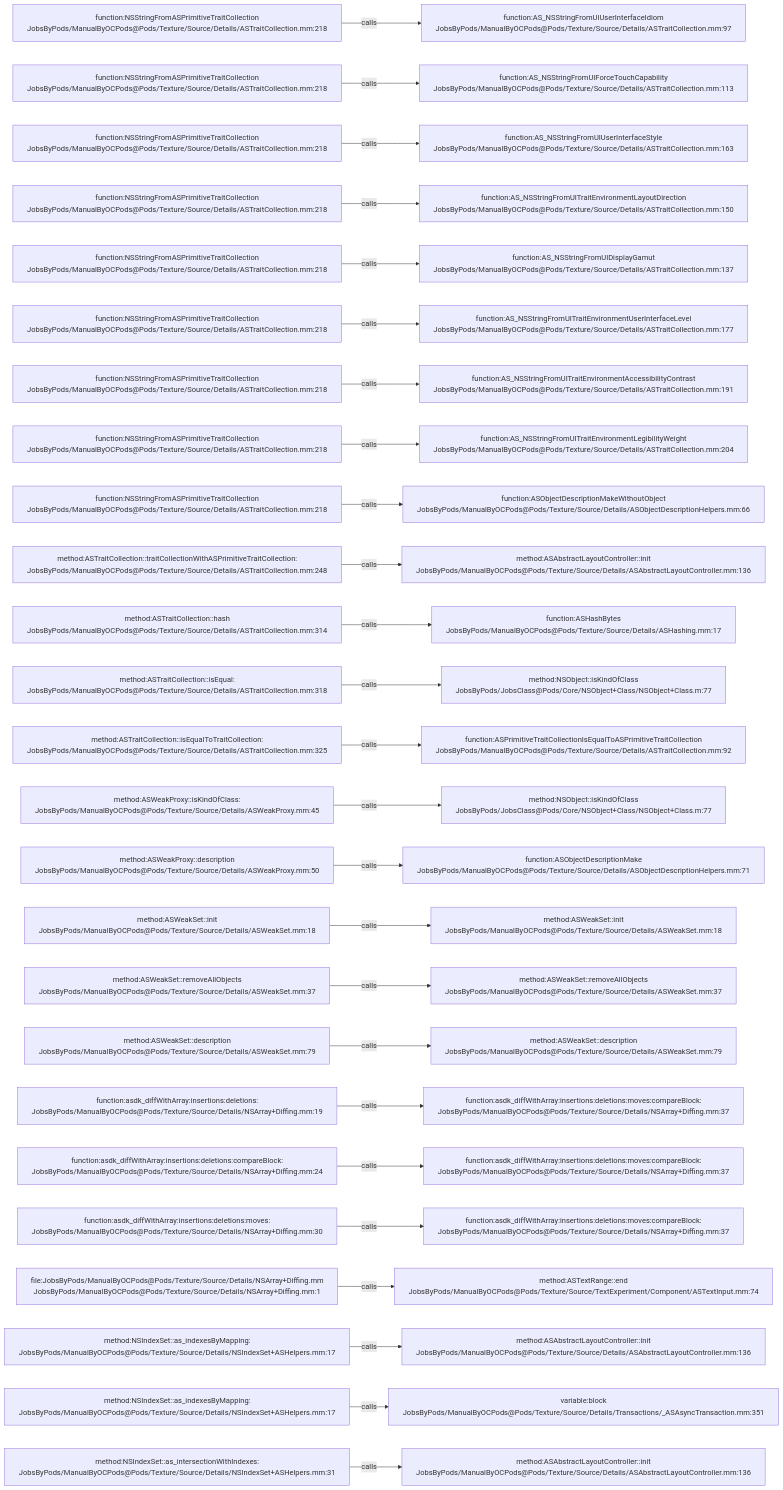
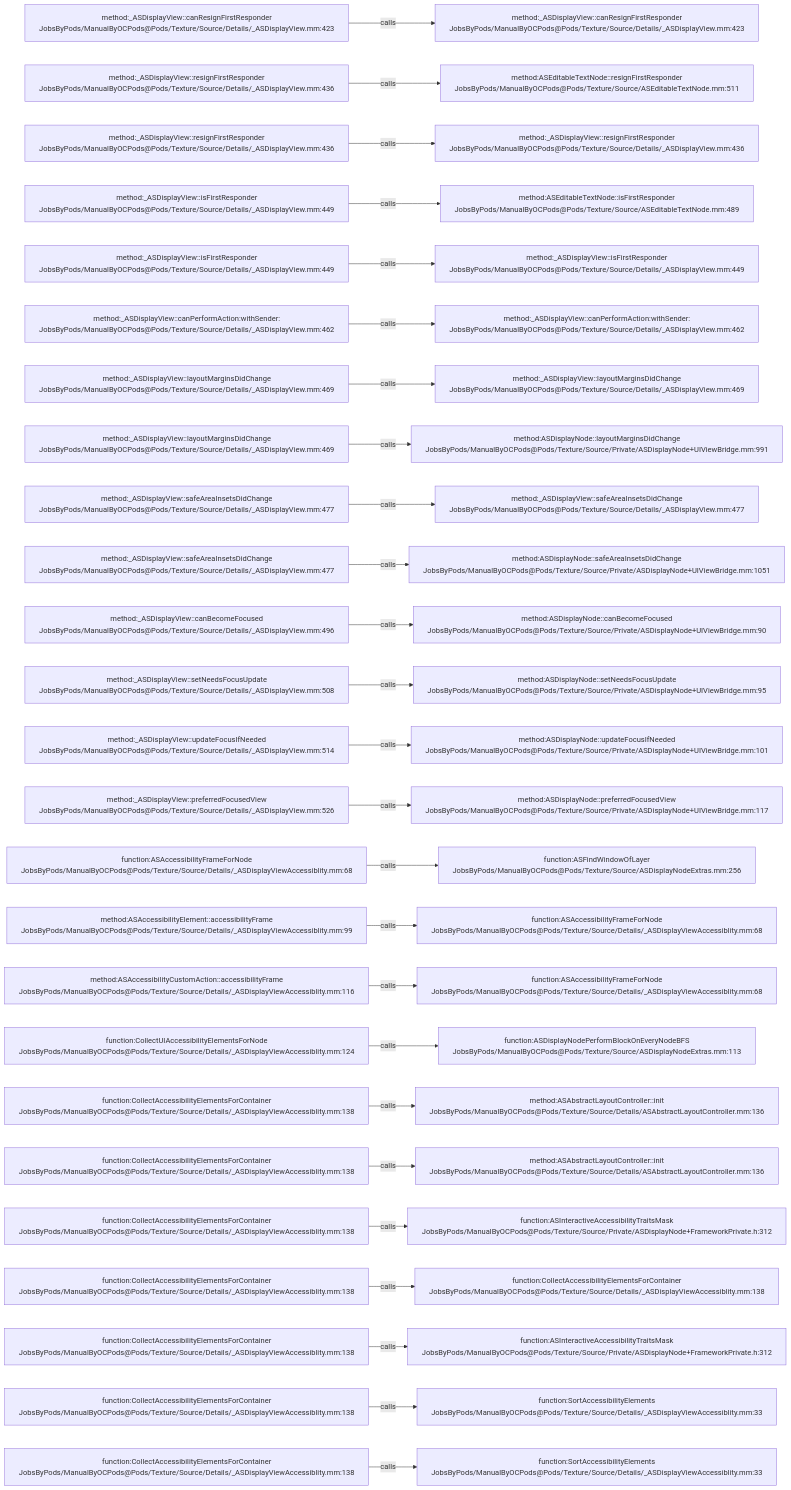
The diagram in .codegraph/codegraph.md/graphs/calls-175.md (JobsKits/JobsOCBaseConfigDemo), drawn with Mermaid before and after one commit. The commit also changed 1223 other files, not shown here.

````diff
--- a/.codegraph/codegraph.md/graphs/calls-175.md
+++ b/.codegraph/codegraph.md/graphs/calls-175.md
@@ -13,78 +13,78 @@
 ```mermaid
 flowchart LR
-  S1["function:NSStringFromASPrimitiveTraitCollection<br/>JobsByPods/ManualByOCPods@Pods/Texture/Source/Details/ASTraitCollection.mm:218"]
-  T1["function:AS_NSStringFromUIUserInterfaceIdiom<br/>JobsByPods/ManualByOCPods@Pods/Texture/Source/Details/ASTraitCollection.mm:97"]
+  S1["method:_ASDisplayView::canResignFirstResponder<br/>JobsByPods/ManualByOCPods@Pods/Texture/Source/Details/_ASDisplayView.mm:423"]
+  T1["method:_ASDisplayView::canResignFirstResponder<br/>JobsByPods/ManualByOCPods@Pods/Texture/Source/Details/_ASDisplayView.mm:423"]
   S1 -->|calls| T1
-  S2["function:NSStringFromASPrimitiveTraitCollection<br/>JobsByPods/ManualByOCPods@Pods/Texture/Source/Details/ASTraitCollection.mm:218"]
-  T2["function:AS_NSStringFromUIForceTouchCapability<br/>JobsByPods/ManualByOCPods@Pods/Texture/Source/Details/ASTraitCollection.mm:113"]
+  S2["method:_ASDisplayView::resignFirstResponder<br/>JobsByPods/ManualByOCPods@Pods/Texture/Source/Details/_ASDisplayView.mm:436"]
+  T2["method:ASEditableTextNode::resignFirstResponder<br/>JobsByPods/ManualByOCPods@Pods/Texture/Source/ASEditableTextNode.mm:511"]
   S2 -->|calls| T2
-  S3["function:NSStringFromASPrimitiveTraitCollection<br/>JobsByPods/ManualByOCPods@Pods/Texture/Source/Details/ASTraitCollection.mm:218"]
-  T3["function:AS_NSStringFromUIUserInterfaceStyle<br/>JobsByPods/ManualByOCPods@Pods/Texture/Source/Details/ASTraitCollection.mm:163"]
+  S3["method:_ASDisplayView::resignFirstResponder<br/>JobsByPods/ManualByOCPods@Pods/Texture/Source/Details/_ASDisplayView.mm:436"]
+  T3["method:_ASDisplayView::resignFirstResponder<br/>JobsByPods/ManualByOCPods@Pods/Texture/Source/Details/_ASDisplayView.mm:436"]
   S3 -->|calls| T3
-  S4["function:NSStringFromASPrimitiveTraitCollection<br/>JobsByPods/ManualByOCPods@Pods/Texture/Source/Details/ASTraitCollection.mm:218"]
-  T4["function:AS_NSStringFromUITraitEnvironmentLayoutDirection<br/>JobsByPods/ManualByOCPods@Pods/Texture/Source/Details/ASTraitCollection.mm:150"]
+  S4["method:_ASDisplayView::isFirstResponder<br/>JobsByPods/ManualByOCPods@Pods/Texture/Source/Details/_ASDisplayView.mm:449"]
+  T4["method:ASEditableTextNode::isFirstResponder<br/>JobsByPods/ManualByOCPods@Pods/Texture/Source/ASEditableTextNode.mm:489"]
   S4 -->|calls| T4
-  S5["function:NSStringFromASPrimitiveTraitCollection<br/>JobsByPods/ManualByOCPods@Pods/Texture/Source/Details/ASTraitCollection.mm:218"]
-  T5["function:AS_NSStringFromUIDisplayGamut<br/>JobsByPods/ManualByOCPods@Pods/Texture/Source/Details/ASTraitCollection.mm:137"]
+  S5["method:_ASDisplayView::isFirstResponder<br/>JobsByPods/ManualByOCPods@Pods/Texture/Source/Details/_ASDisplayView.mm:449"]
+  T5["method:_ASDisplayView::isFirstResponder<br/>JobsByPods/ManualByOCPods@Pods/Texture/Source/Details/_ASDisplayView.mm:449"]
   S5 -->|calls| T5
-  S6["function:NSStringFromASPrimitiveTraitCollection<br/>JobsByPods/ManualByOCPods@Pods/Texture/Source/Details/ASTraitCollection.mm:218"]
-  T6["function:AS_NSStringFromUITraitEnvironmentUserInterfaceLevel<br/>JobsByPods/ManualByOCPods@Pods/Texture/Source/Details/ASTraitCollection.mm:177"]
+  S6["method:_ASDisplayView::canPerformAction:withSender:<br/>JobsByPods/ManualByOCPods@Pods/Texture/Source/Details/_ASDisplayView.mm:462"]
+  T6["method:_ASDisplayView::canPerformAction:withSender:<br/>JobsByPods/ManualByOCPods@Pods/Texture/Source/Details/_ASDisplayView.mm:462"]
   S6 -->|calls| T6
-  S7["function:NSStringFromASPrimitiveTraitCollection<br/>JobsByPods/ManualByOCPods@Pods/Texture/Source/Details/ASTraitCollection.mm:218"]
-  T7["function:AS_NSStringFromUITraitEnvironmentAccessibilityContrast<br/>JobsByPods/ManualByOCPods@Pods/Texture/Source/Details/ASTraitCollection.mm:191"]
+  S7["method:_ASDisplayView::layoutMarginsDidChange<br/>JobsByPods/ManualByOCPods@Pods/Texture/Source/Details/_ASDisplayView.mm:469"]
+  T7["method:_ASDisplayView::layoutMarginsDidChange<br/>JobsByPods/ManualByOCPods@Pods/Texture/Source/Details/_ASDisplayView.mm:469"]
   S7 -->|calls| T7
-  S8["function:NSStringFromASPrimitiveTraitCollection<br/>JobsByPods/ManualByOCPods@Pods/Texture/Source/Details/ASTraitCollection.mm:218"]
-  T8["function:AS_NSStringFromUITraitEnvironmentLegibilityWeight<br/>JobsByPods/ManualByOCPods@Pods/Texture/Source/Details/ASTraitCollection.mm:204"]
+  S8["method:_ASDisplayView::layoutMarginsDidChange<br/>JobsByPods/ManualByOCPods@Pods/Texture/Source/Details/_ASDisplayView.mm:469"]
+  T8["method:ASDisplayNode::layoutMarginsDidChange<br/>JobsByPods/ManualByOCPods@Pods/Texture/Source/Private/ASDisplayNode+UIViewBridge.mm:991"]
   S8 -->|calls| T8
-  S9["function:NSStringFromASPrimitiveTraitCollection<br/>JobsByPods/ManualByOCPods@Pods/Texture/Source/Details/ASTraitCollection.mm:218"]
-  T9["function:ASObjectDescriptionMakeWithoutObject<br/>JobsByPods/ManualByOCPods@Pods/Texture/Source/Details/ASObjectDescriptionHelpers.mm:66"]
+  S9["method:_ASDisplayView::safeAreaInsetsDidChange<br/>JobsByPods/ManualByOCPods@Pods/Texture/Source/Details/_ASDisplayView.mm:477"]
+  T9["method:_ASDisplayView::safeAreaInsetsDidChange<br/>JobsByPods/ManualByOCPods@Pods/Texture/Source/Details/_ASDisplayView.mm:477"]
   S9 -->|calls| T9
-  S10["method:ASTraitCollection::traitCollectionWithASPrimitiveTraitCollection:<br/>JobsByPods/ManualByOCPods@Pods/Texture/Source/Details/ASTraitCollection.mm:248"]
-  T10["method:ASAbstractLayoutController::init<br/>JobsByPods/ManualByOCPods@Pods/Texture/Source/Details/ASAbstractLayoutController.mm:136"]
+  S10["method:_ASDisplayView::safeAreaInsetsDidChange<br/>JobsByPods/ManualByOCPods@Pods/Texture/Source/Details/_ASDisplayView.mm:477"]
+  T10["method:ASDisplayNode::safeAreaInsetsDidChange<br/>JobsByPods/ManualByOCPods@Pods/Texture/Source/Private/ASDisplayNode+UIViewBridge.mm:1051"]
   S10 -->|calls| T10
-  S11["method:ASTraitCollection::hash<br/>JobsByPods/ManualByOCPods@Pods/Texture/Source/Details/ASTraitCollection.mm:314"]
-  T11["function:ASHashBytes<br/>JobsByPods/ManualByOCPods@Pods/Texture/Source/Details/ASHashing.mm:17"]
+  S11["method:_ASDisplayView::canBecomeFocused<br/>JobsByPods/ManualByOCPods@Pods/Texture/Source/Details/_ASDisplayView.mm:496"]
+  T11["method:ASDisplayNode::canBecomeFocused<br/>JobsByPods/ManualByOCPods@Pods/Texture/Source/Private/ASDisplayNode+UIViewBridge.mm:90"]
   S11 -->|calls| T11
-  S12["method:ASTraitCollection::isEqual:<br/>JobsByPods/ManualByOCPods@Pods/Texture/Source/Details/ASTraitCollection.mm:318"]
-  T12["method:NSObject::isKindOfClass<br/>JobsByPods/JobsClass@Pods/Core/NSObject+Class/NSObject+Class.m:77"]
+  S12["method:_ASDisplayView::setNeedsFocusUpdate<br/>JobsByPods/ManualByOCPods@Pods/Texture/Source/Details/_ASDisplayView.mm:508"]
+  T12["method:ASDisplayNode::setNeedsFocusUpdate<br/>JobsByPods/ManualByOCPods@Pods/Texture/Source/Private/ASDisplayNode+UIViewBridge.mm:95"]
   S12 -->|calls| T12
-  S13["method:ASTraitCollection::isEqualToTraitCollection:<br/>JobsByPods/ManualByOCPods@Pods/Texture/Source/Details/ASTraitCollection.mm:325"]
-  T13["function:ASPrimitiveTraitCollectionIsEqualToASPrimitiveTraitCollection<br/>JobsByPods/ManualByOCPods@Pods/Texture/Source/Details/ASTraitCollection.mm:92"]
+  S13["method:_ASDisplayView::updateFocusIfNeeded<br/>JobsByPods/ManualByOCPods@Pods/Texture/Source/Details/_ASDisplayView.mm:514"]
+  T13["method:ASDisplayNode::updateFocusIfNeeded<br/>JobsByPods/ManualByOCPods@Pods/Texture/Source/Private/ASDisplayNode+UIViewBridge.mm:101"]
   S13 -->|calls| T13
-  S14["method:ASWeakProxy::isKindOfClass:<br/>JobsByPods/ManualByOCPods@Pods/Texture/Source/Details/ASWeakProxy.mm:45"]
-  T14["method:NSObject::isKindOfClass<br/>JobsByPods/JobsClass@Pods/Core/NSObject+Class/NSObject+Class.m:77"]
+  S14["method:_ASDisplayView::preferredFocusedView<br/>JobsByPods/ManualByOCPods@Pods/Texture/Source/Details/_ASDisplayView.mm:526"]
+  T14["method:ASDisplayNode::preferredFocusedView<br/>JobsByPods/ManualByOCPods@Pods/Texture/Source/Private/ASDisplayNode+UIViewBridge.mm:117"]
   S14 -->|calls| T14
-  S15["method:ASWeakProxy::description<br/>JobsByPods/ManualByOCPods@Pods/Texture/Source/Details/ASWeakProxy.mm:50"]
-  T15["function:ASObjectDescriptionMake<br/>JobsByPods/ManualByOCPods@Pods/Texture/Source/Details/ASObjectDescriptionHelpers.mm:71"]
+  S15["function:ASAccessibilityFrameForNode<br/>JobsByPods/ManualByOCPods@Pods/Texture/Source/Details/_ASDisplayViewAccessiblity.mm:68"]
+  T15["function:ASFindWindowOfLayer<br/>JobsByPods/ManualByOCPods@Pods/Texture/Source/ASDisplayNodeExtras.mm:256"]
   S15 -->|calls| T15
-  S16["method:ASWeakSet::init<br/>JobsByPods/ManualByOCPods@Pods/Texture/Source/Details/ASWeakSet.mm:18"]
-  T16["method:ASWeakSet::init<br/>JobsByPods/ManualByOCPods@Pods/Texture/Source/Details/ASWeakSet.mm:18"]
+  S16["method:ASAccessibilityElement::accessibilityFrame<br/>JobsByPods/ManualByOCPods@Pods/Texture/Source/Details/_ASDisplayViewAccessiblity.mm:99"]
+  T16["function:ASAccessibilityFrameForNode<br/>JobsByPods/ManualByOCPods@Pods/Texture/Source/Details/_ASDisplayViewAccessiblity.mm:68"]
   S16 -->|calls| T16
-  S17["method:ASWeakSet::removeAllObjects<br/>JobsByPods/ManualByOCPods@Pods/Texture/Source/Details/ASWeakSet.mm:37"]
-  T17["method:ASWeakSet::removeAllObjects<br/>JobsByPods/ManualByOCPods@Pods/Texture/Source/Details/ASWeakSet.mm:37"]
+  S17["method:ASAccessibilityCustomAction::accessibilityFrame<br/>JobsByPods/ManualByOCPods@Pods/Texture/Source/Details/_ASDisplayViewAccessiblity.mm:116"]
+  T17["function:ASAccessibilityFrameForNode<br/>JobsByPods/ManualByOCPods@Pods/Texture/Source/Details/_ASDisplayViewAccessiblity.mm:68"]
   S17 -->|calls| T17
-  S18["method:ASWeakSet::description<br/>JobsByPods/ManualByOCPods@Pods/Texture/Source/Details/ASWeakSet.mm:79"]
-  T18["method:ASWeakSet::description<br/>JobsByPods/ManualByOCPods@Pods/Texture/Source/Details/ASWeakSet.mm:79"]
+  S18["function:CollectUIAccessibilityElementsForNode<br/>JobsByPods/ManualByOCPods@Pods/Texture/Source/Details/_ASDisplayViewAccessiblity.mm:124"]
+  T18["function:ASDisplayNodePerformBlockOnEveryNodeBFS<br/>JobsByPods/ManualByOCPods@Pods/Texture/Source/ASDisplayNodeExtras.mm:113"]
   S18 -->|calls| T18
-  S19["function:asdk_diffWithArray:insertions:deletions:<br/>JobsByPods/ManualByOCPods@Pods/Texture/Source/Details/NSArray+Diffing.mm:19"]
-  T19["function:asdk_diffWithArray:insertions:deletions:moves:compareBlock:<br/>JobsByPods/ManualByOCPods@Pods/Texture/Source/Details/NSArray+Diffing.mm:37"]
+  S19["function:CollectAccessibilityElementsForContainer<br/>JobsByPods/ManualByOCPods@Pods/Texture/Source/Details/_ASDisplayViewAccessiblity.mm:138"]
+  T19["method:ASAbstractLayoutController::init<br/>JobsByPods/ManualByOCPods@Pods/Texture/Source/Details/ASAbstractLayoutController.mm:136"]
   S19 -->|calls| T19
-  S20["function:asdk_diffWithArray:insertions:deletions:compareBlock:<br/>JobsByPods/ManualByOCPods@Pods/Texture/Source/Details/NSArray+Diffing.mm:24"]
-  T20["function:asdk_diffWithArray:insertions:deletions:moves:compareBlock:<br/>JobsByPods/ManualByOCPods@Pods/Texture/Source/Details/NSArray+Diffing.mm:37"]
+  S20["function:CollectAccessibilityElementsForContainer<br/>JobsByPods/ManualByOCPods@Pods/Texture/Source/Details/_ASDisplayViewAccessiblity.mm:138"]
+  T20["method:ASAbstractLayoutController::init<br/>JobsByPods/ManualByOCPods@Pods/Texture/Source/Details/ASAbstractLayoutController.mm:136"]
   S20 -->|calls| T20
-  S21["function:asdk_diffWithArray:insertions:deletions:moves:<br/>JobsByPods/ManualByOCPods@Pods/Texture/Source/Details/NSArray+Diffing.mm:30"]
-  T21["function:asdk_diffWithArray:insertions:deletions:moves:compareBlock:<br/>JobsByPods/ManualByOCPods@Pods/Texture/Source/Details/NSArray+Diffing.mm:37"]
+  S21["function:CollectAccessibilityElementsForContainer<br/>JobsByPods/ManualByOCPods@Pods/Texture/Source/Details/_ASDisplayViewAccessiblity.mm:138"]
+  T21["function:ASInteractiveAccessibilityTraitsMask<br/>JobsByPods/ManualByOCPods@Pods/Texture/Source/Private/ASDisplayNode+FrameworkPrivate.h:312"]
   S21 -->|calls| T21
-  S22["file:JobsByPods/ManualByOCPods@Pods/Texture/Source/Details/NSArray+Diffing.mm<br/>JobsByPods/ManualByOCPods@Pods/Texture/Source/Details/NSArray+Diffing.mm:1"]
-  T22["method:ASTextRange::end<br/>JobsByPods/ManualByOCPods@Pods/Texture/Source/TextExperiment/Component/ASTextInput.mm:74"]
+  S22["function:CollectAccessibilityElementsForContainer<br/>JobsByPods/ManualByOCPods@Pods/Texture/Source/Details/_ASDisplayViewAccessiblity.mm:138"]
+  T22["function:CollectAccessibilityElementsForContainer<br/>JobsByPods/ManualByOCPods@Pods/Texture/Source/Details/_ASDisplayViewAccessiblity.mm:138"]
   S22 -->|calls| T22
-  S23["method:NSIndexSet::as_indexesByMapping:<br/>JobsByPods/ManualByOCPods@Pods/Texture/Source/Details/NSIndexSet+ASHelpers.mm:17"]
-  T23["method:ASAbstractLayoutController::init<br/>JobsByPods/ManualByOCPods@Pods/Texture/Source/Details/ASAbstractLayoutController.mm:136"]
+  S23["function:CollectAccessibilityElementsForContainer<br/>JobsByPods/ManualByOCPods@Pods/Texture/Source/Details/_ASDisplayViewAccessiblity.mm:138"]
+  T23["function:ASInteractiveAccessibilityTraitsMask<br/>JobsByPods/ManualByOCPods@Pods/Texture/Source/Private/ASDisplayNode+FrameworkPrivate.h:312"]
   S23 -->|calls| T23
-  S24["method:NSIndexSet::as_indexesByMapping:<br/>JobsByPods/ManualByOCPods@Pods/Texture/Source/Details/NSIndexSet+ASHelpers.mm:17"]
-  T24["variable:block<br/>JobsByPods/ManualByOCPods@Pods/Texture/Source/Details/Transactions/_ASAsyncTransaction.mm:351"]
+  S24["function:CollectAccessibilityElementsForContainer<br/>JobsByPods/ManualByOCPods@Pods/Texture/Source/Details/_ASDisplayViewAccessiblity.mm:138"]
+  T24["function:SortAccessibilityElements<br/>JobsByPods/ManualByOCPods@Pods/Texture/Source/Details/_ASDisplayViewAccessiblity.mm:33"]
   S24 -->|calls| T24
-  S25["method:NSIndexSet::as_intersectionWithIndexes:<br/>JobsByPods/ManualByOCPods@Pods/Texture/Source/Details/NSIndexSet+ASHelpers.mm:31"]
-  T25["method:ASAbstractLayoutController::init<br/>JobsByPods/ManualByOCPods@Pods/Texture/Source/Details/ASAbstractLayoutController.mm:136"]
+  S25["function:CollectAccessibilityElementsForContainer<br/>JobsByPods/ManualByOCPods@Pods/Texture/Source/Details/_ASDisplayViewAccessiblity.mm:138"]
+  T25["function:SortAccessibilityElements<br/>JobsByPods/ManualByOCPods@Pods/Texture/Source/Details/_ASDisplayViewAccessiblity.mm:33"]
   S25 -->|calls| T25
 ```
````
